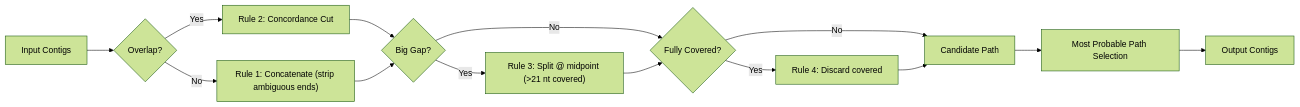
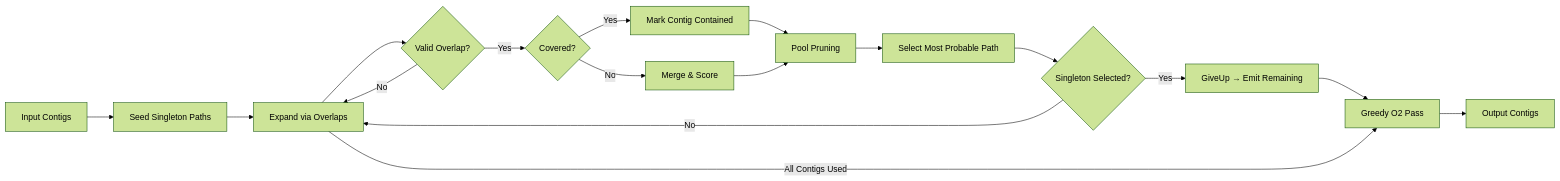
One commit to Donaim/miseq-workflow-pres changed the second of 2 diagrams in slides.md. Above: the diagram before and after it, drawn with Mermaid (forest theme). The commit also changed other lines of this file, not shown here.

````diff
--- a/slides.md
+++ b/slides.md
@@ -293,16 +298,19 @@
 ```mermaid
 flowchart LR
-  A[Input Contigs] --> B{"Overlap?"}
-  B -- No --> C["Rule 1: Concatenate (strip ambiguous ends)"]
-  B -- Yes --> D["Rule 2: Concordance Cut"]
-  D --> E{"Big Gap?"}
-  C --> E
-  E -- Yes --> F["Rule 3: Split @ midpoint (>21 nt covered)"]
-  E -- No --> G{"Fully Covered?"}
-  F --> G
-  G -- Yes --> H["Rule 4: Discard covered"]
-  G -- No --> I["Candidate Path"]
-  H --> I
-  I --> J["Most Probable Path Selection"]
-  J --> K["Output Contigs"]
+  A[Input Contigs] --> S[Seed Singleton Paths]
+  S --> X[Expand via Overlaps]
+  X --> P{Valid Overlap?}
+  P -- No --> X
+  P -- Yes --> C{Covered?}
+  C -- Yes --> M[Mark Contig Contained]
+  C -- No --> M2[Merge & Score]
+  M --> R[Pool Pruning]
+  M2 --> R
+  R --> Sel[Select Most Probable Path]
+  Sel --> G{Singleton Selected?}
+  G -- Yes --> U[GiveUp → Emit Remaining]
+  G -- No --> X
+  U --> O2[Greedy O2 Pass]
+  X -->|All Contigs Used| O2
+  O2 --> OUT[Output Contigs]
 ```
````
